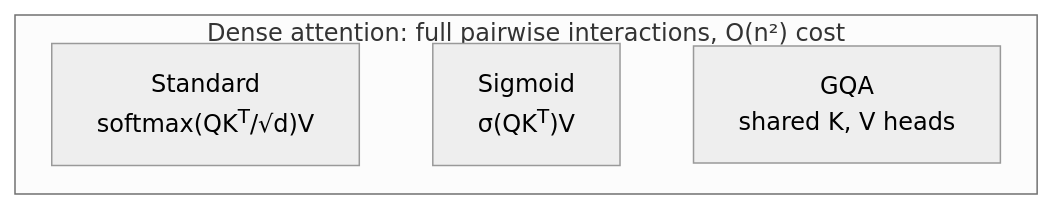
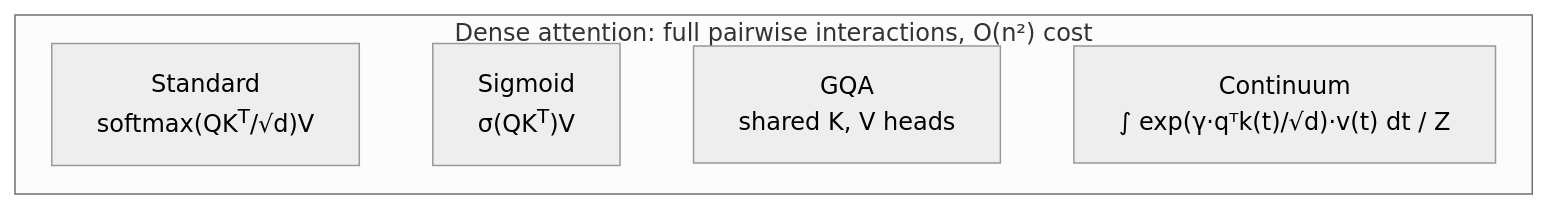
Before and after one commit to erickfmm/frankenstein-transformer: the diagram in docs/paper/figures/dense-map.mmd, drawn with Mermaid. The commit also changed 58 other files, not shown here.

```diff
--- a/docs/paper/figures/dense-map.mmd
+++ b/docs/paper/figures/dense-map.mmd
@@ -1,8 +1,9 @@
 %%{init: {"theme":"neutral","flowchart":{"curve":"basis","nodeSpacing":18,"rankSpacing":24,"useMaxWidth":false,"wrappingWidth":240}}}%%
 flowchart TD
   subgraph dense["Dense attention: full pairwise interactions, O(n²) cost"]
     standard["Standard<br/>softmax(QK<sup>T</sup>/√d)V"]
     sigmoid["Sigmoid<br/>σ(QK<sup>T</sup>)V"]
     gqa["GQA<br/>shared K, V heads"]
-    standard ~~~ sigmoid ~~~ gqa
+    ca["Continuum<br/>∫ exp(γ·qᵀk(t)/√d)·v(t) dt / Z"]
+    standard ~~~ sigmoid ~~~ gqa ~~~ ca
   end
```
